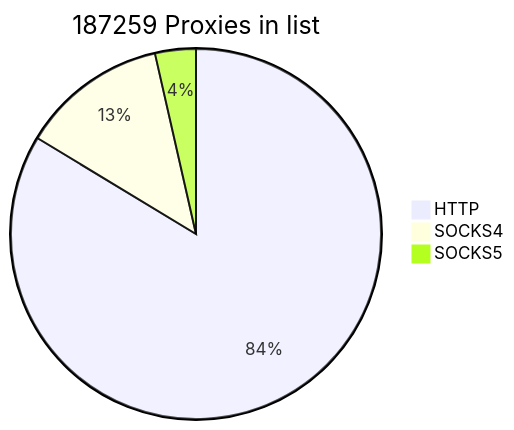
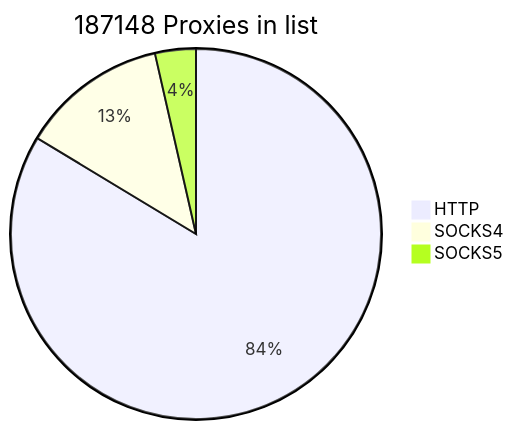
The first of 2 diagrams in README.md (cutipu/proxylist), drawn with Mermaid before and after one commit. The commit also changed other lines of this file, not shown here.

````diff
--- a/README.md
+++ b/README.md
@@ -2,7 +2,7 @@
 ```mermaid
-pie title 187259 Proxies in list
-    "HTTP" : 156660
+pie title 187148 Proxies in list
+    "HTTP" : 156551
     "SOCKS4" : 23936
-    "SOCKS5" : 6663
+    "SOCKS5" : 6661
             
 ```
````
